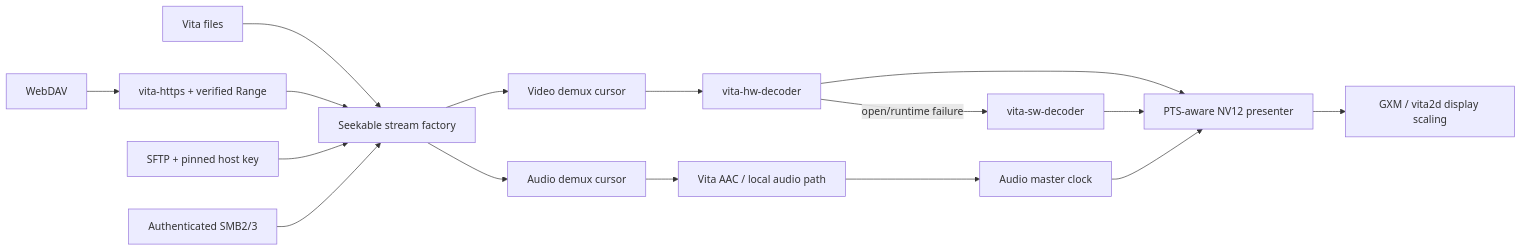
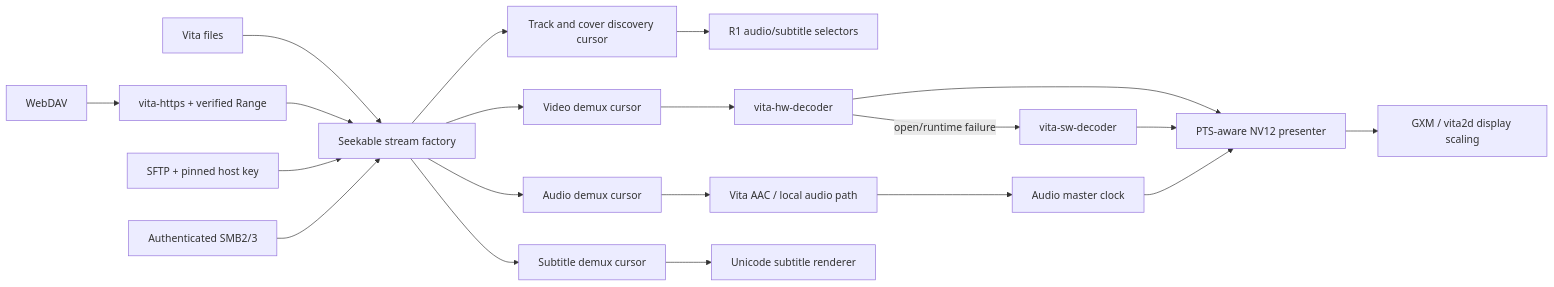
The diagram in README.md (spyro-98/VitaMediaDeck), drawn with Mermaid before and after one commit. The commit also changed other lines of this file and 30 other files, not shown here.

````diff
--- a/README.md
+++ b/README.md
@@ -136,18 +162,22 @@
 ```mermaid
 flowchart LR
     L["Vita files"] --> F["Seekable stream factory"]
     W["WebDAV"] --> T["vita-https + verified Range"]
     T --> F
     S["SFTP + pinned host key"] --> F
     M["Authenticated SMB2/3"] --> F
+    F --> D0["Track and cover discovery cursor"]
     F --> D1["Video demux cursor"]
     F --> D2["Audio demux cursor"]
+    F --> D3["Subtitle demux cursor"]
+    D0 --> O["R1 audio/subtitle selectors"]
     D1 --> H["vita-hw-decoder"]
     H -->|"open/runtime failure"| SW["vita-sw-decoder"]
     D2 --> A["Vita AAC / local audio path"]
+    D3 --> U["Unicode subtitle renderer"]
     H --> P["PTS-aware NV12 presenter"]
     SW --> P
     A --> C["Audio master clock"]
     C --> P
     P --> G["GXM / vita2d display scaling"]
 ```
````
